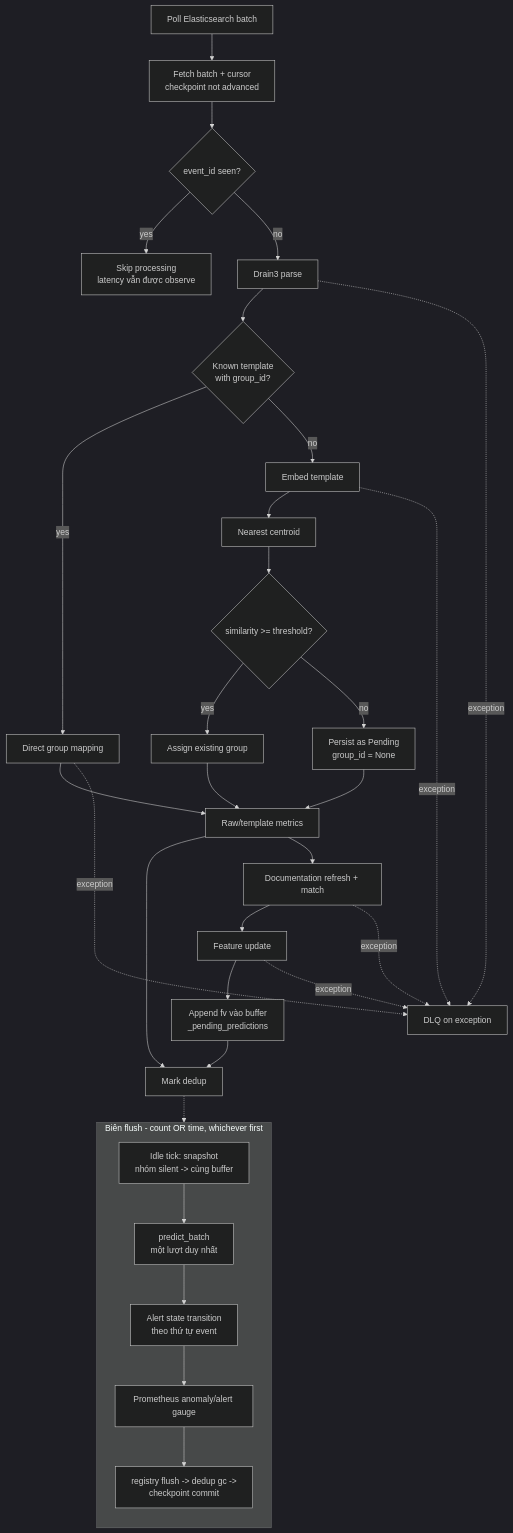
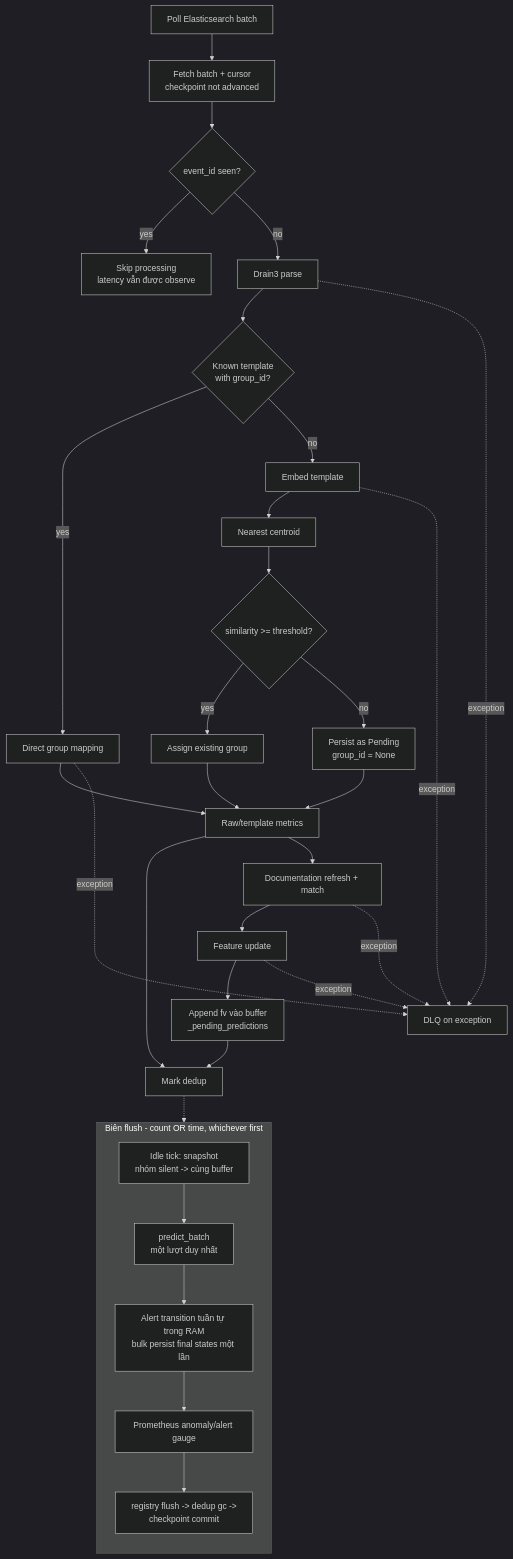
The third of 4 diagrams in ARCHITECTURE.md (Cong123z/LogAi), drawn with Mermaid (dark theme) before and after one commit. The commit also changed other lines of this file and 16 other files, not shown here.

````diff
--- a/ARCHITECTURE.md
+++ b/ARCHITECTURE.md
@@ -342,46 +349,46 @@
 ```mermaid
 flowchart TD
     A[Poll Elasticsearch batch]
     B[Fetch batch + cursor<br/>checkpoint not advanced]
     C{event_id seen?}
     D[Drain3 parse]
     E{Known template<br/>with group_id?}
     F[Direct group mapping]
     G[Embed template]
     H[Nearest centroid]
     I{similarity >= threshold?}
     J[Assign existing group]
     K[Persist as Pending<br/>group_id = None]
     L[Raw/template metrics]
     M[Documentation refresh + match]
     N[Feature update]
     U[Append fv vào buffer<br/>_pending_predictions]
     R[Mark dedup]
     S[DLQ on exception]
     T[Skip processing<br/>latency vẫn được observe]
 
     A --> B --> C
     C -->|yes| T
     C -->|no| D --> E
     E -->|yes| F --> L
     E -->|no| G --> H --> I
     I -->|yes| J --> L
     I -->|no| K --> L --> R
     L --> M --> N --> U --> R
     D -. exception .-> S
     F -. exception .-> S
     G -. exception .-> S
     M -. exception .-> S
     N -. exception .-> S
 
     R -.-> FL
     subgraph FL[Biên flush - count OR time, whichever first]
       direction TB
       V[Idle tick: snapshot<br/>nhóm silent -> cùng buffer]
       W[predict_batch<br/>một lượt duy nhất]
-      X[Alert state transition<br/>theo thứ tự event]
+      X[Alert transition tuần tự trong RAM<br/>bulk persist final states một lần]
       Y[Prometheus anomaly/alert gauge]
       Z[registry flush -> dedup gc -><br/>checkpoint commit]
       V --> W --> X --> Y --> Z
     end
 ```
````
